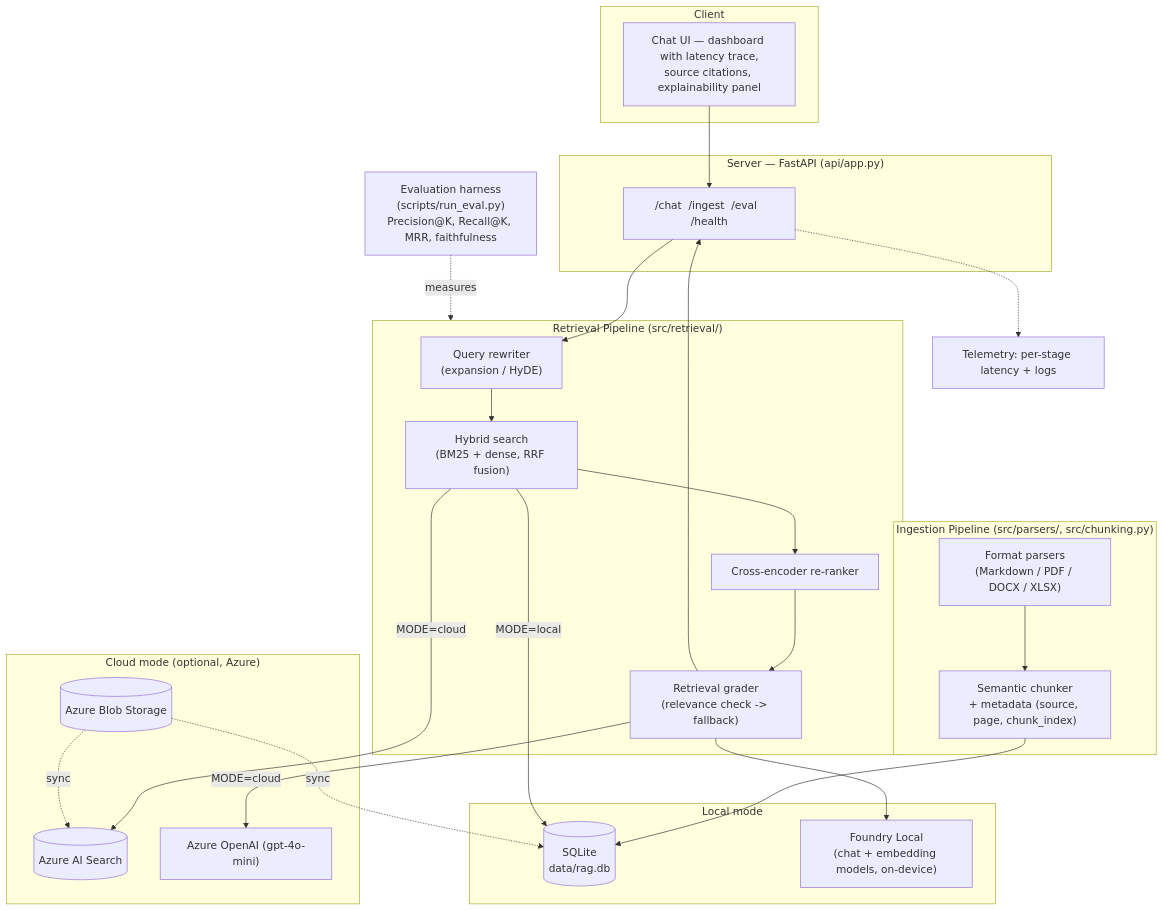
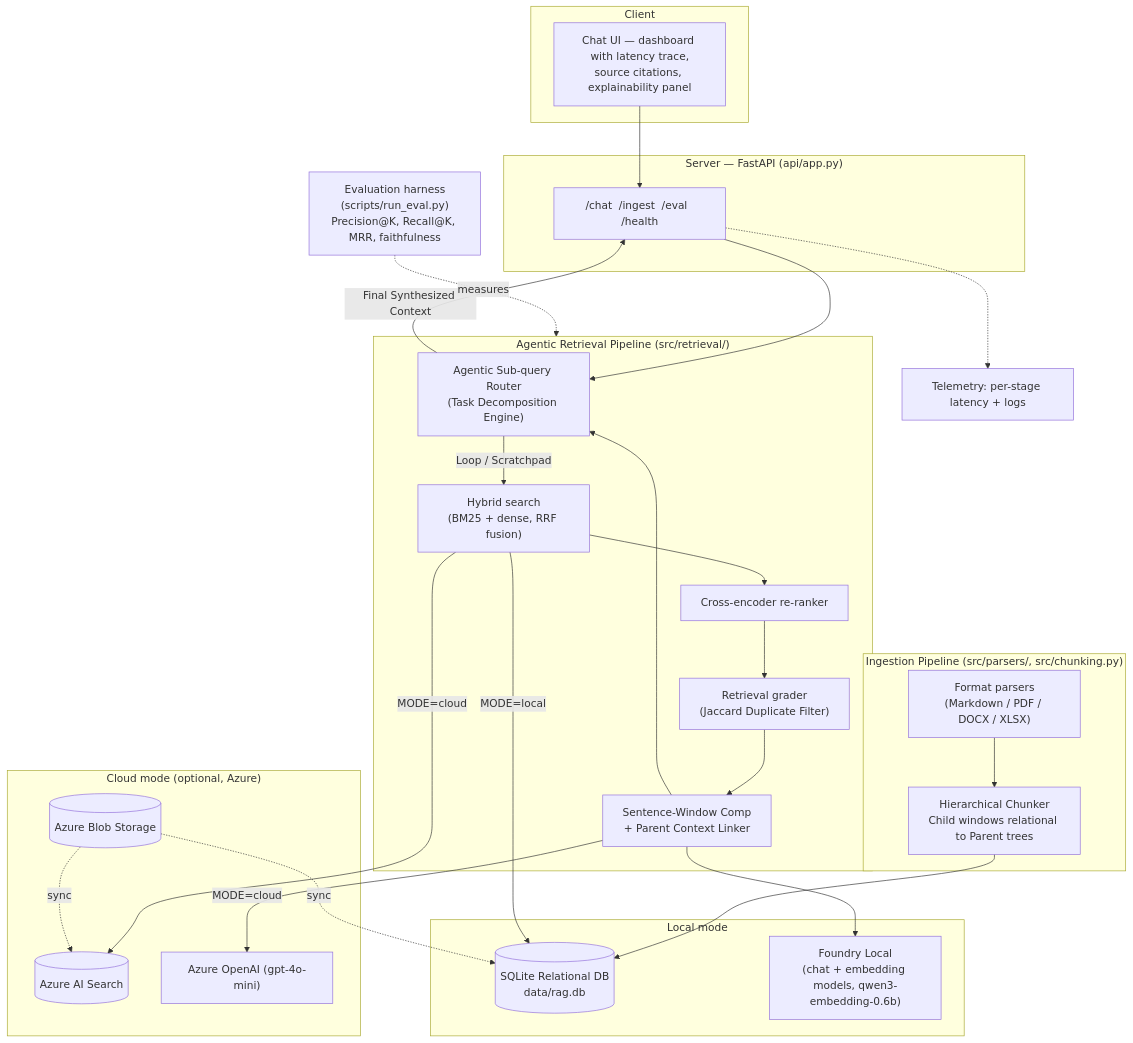
One commit to MEK-0/Local-Rag-Foundry-assistant changed the diagram in README.md. Above: the diagram before and after it, drawn with Mermaid. The commit also changed other lines of this file, not shown here.

Commit message:
docs(readme): integrate Phase 2 architecture specifications and roadmaps
- Updated Mermaid architectural flow to reflect the Agentic Sub-query Router and Hierarchical Ingestion Pipeline.
- Revised the feature contrast matrix to include Parent-Child chunking and Multi-Hop synthesis definitions.
- Expanded the Project Layout tree to map the decomposition and parent hydration layers.
- Appended concrete technical task definitions for Phase 2 data model deployment.

````diff
--- a/README.md
+++ b/README.md
@@ -43,48 +43,51 @@
 ```mermaid
 flowchart TB
     subgraph Client["Client"]
         UI["Chat UI — dashboard with latency trace,\nsource citations, explainability panel"]
     end
 
     subgraph Server["Server — FastAPI (api/app.py)"]
         API["/chat  /ingest  /eval  /health"]
     end
 
     subgraph Ingestion["Ingestion Pipeline (src/parsers/, src/chunking.py)"]
         PARSE["Format parsers\n(Markdown / PDF / DOCX / XLSX)"]
-        CHUNK["Semantic chunker\n+ metadata (source, page, chunk_index)"]
+        CHUNK["Hierarchical Chunker\nChild windows relational to Parent trees"]
     end
 
-    subgraph Retrieval["Retrieval Pipeline (src/retrieval/)"]
-        QR["Query rewriter\n(expansion / HyDE)"]
+    subgraph Retrieval["Agentic Retrieval Pipeline (src/retrieval/)"]
+        QR["Agentic Sub-query Router\n(Task Decomposition Engine)"]
         HYB["Hybrid search\n(BM25 + dense, RRF fusion)"]
         RR["Cross-encoder re-ranker"]
-        GR["Retrieval grader\n(relevance check -> fallback)"]
+        GR["Retrieval grader\n(Jaccard Duplicate Filter)"]
+        COMP["Sentence-Window Comp\n+ Parent Context Linker"]
     end
 
     subgraph Local["Local mode"]
-        SQL[("SQLite\ndata/rag.db")]
-        FL["Foundry Local\n(chat + embedding models, on-device)"]
+        SQL[("SQLite Relational DB\ndata/rag.db")]
+        FL["Foundry Local\n(chat + embedding models, qwen3-embedding-0.6b)"]
     end
 
     subgraph Cloud["Cloud mode (optional, Azure)"]
         AIS[("Azure AI Search")]
         BLOB[("Azure Blob Storage")]
         AOAI["Azure OpenAI (gpt-4o-mini)"]
     end
 
     EVAL["Evaluation harness\n(scripts/run_eval.py)\nPrecision@K, Recall@K, MRR, faithfulness"]
     TEL["Telemetry: per-stage latency + logs"]
 
     UI --> API
     PARSE --> CHUNK --> SQL
-    API --> QR --> HYB --> RR --> GR --> API
+    API --> QR
+    QR -->|Loop / Scratchpad| HYB --> RR --> GR --> COMP --> QR
+    QR -->|Final Synthesized Context| API
     HYB -->|MODE=local| SQL
     HYB -->|MODE=cloud| AIS
-    GR --> FL
-    GR -->|MODE=cloud| AOAI
+    COMP --> FL
+    COMP -->|MODE=cloud| AOAI
     BLOB -.sync.-> SQL
     BLOB -.sync.-> AIS
     API -.-> TEL
     EVAL -.measures.-> Retrieval
 ```
````
